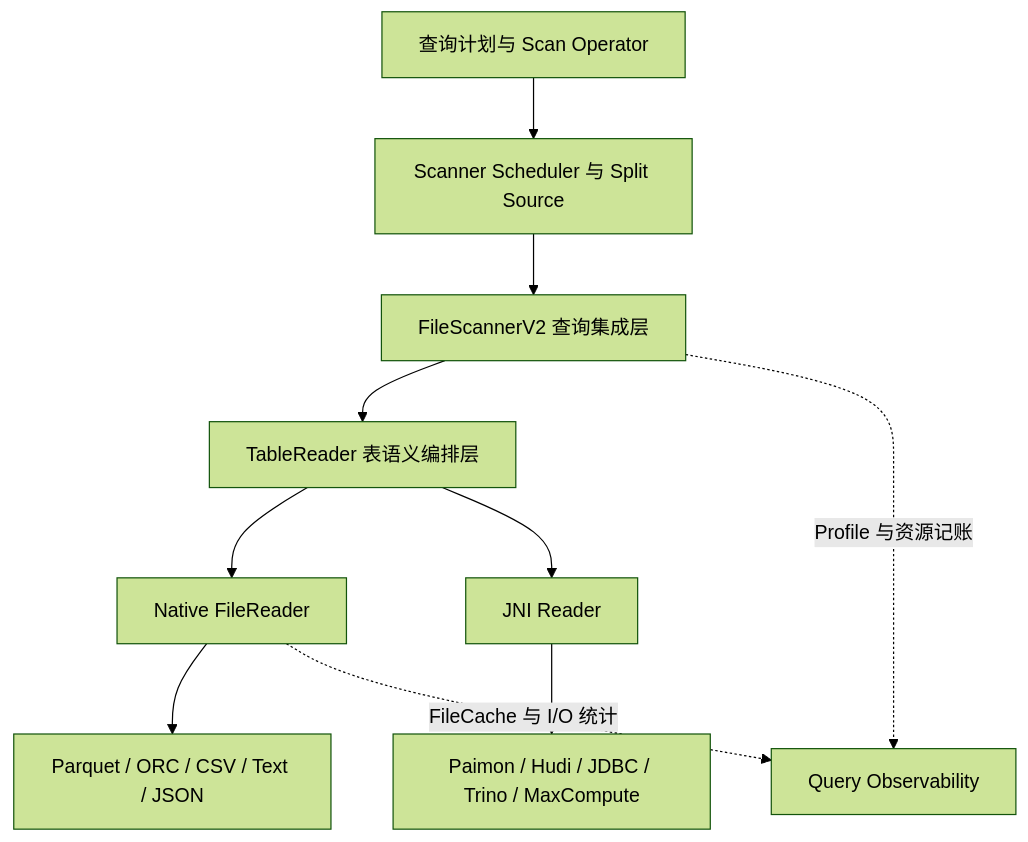
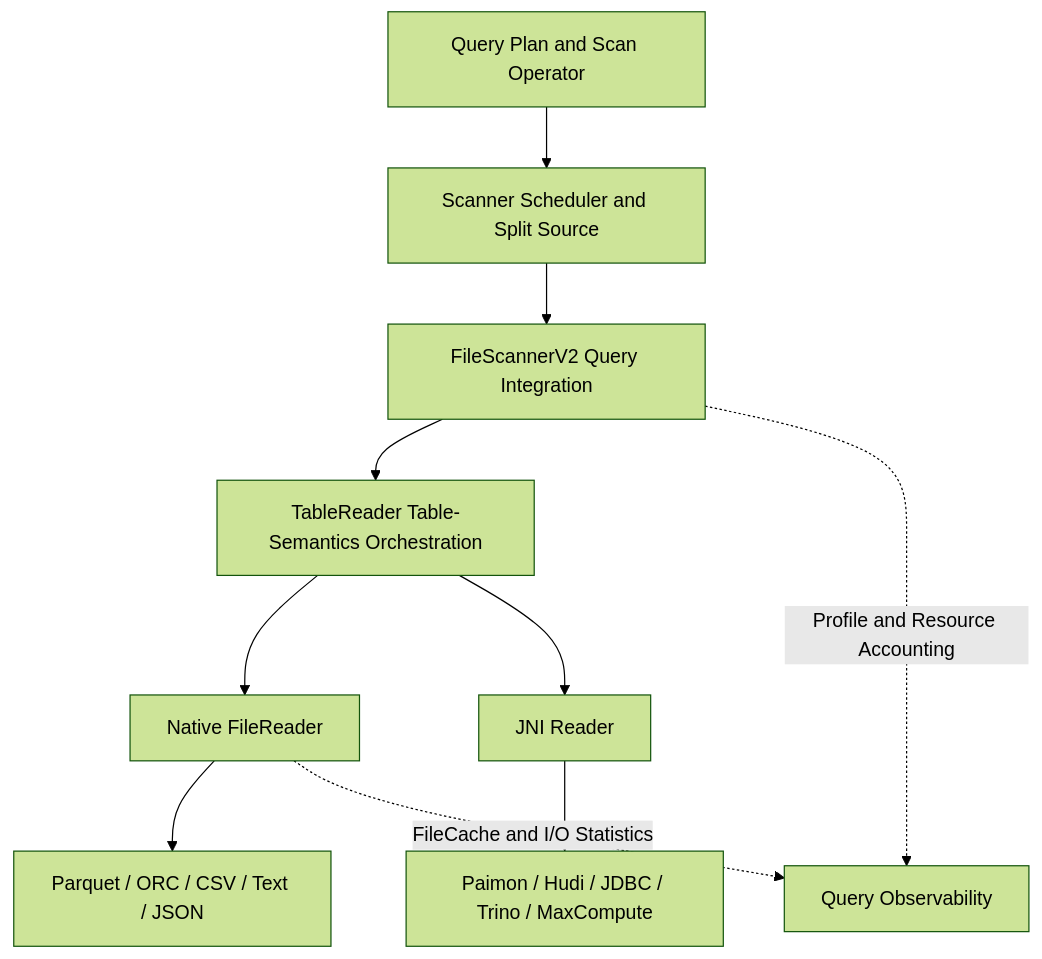
Before and after one commit to apache/doris: the first of 8 diagrams in docs/file-scanner-v2-design.md, drawn with Mermaid (forest theme). The commit also changed other lines of this file and 1 other file, not shown here.

First line of the commit message:
[doc](be) Translate FileScannerV2 design docs

````diff
--- a/docs/file-scanner-v2-design.md
+++ b/docs/file-scanner-v2-design.md
@@ -36,12 +41,12 @@
 ```mermaid
 flowchart TB
-    Q[查询计划与 Scan Operator] --> S[Scanner Scheduler 与 Split Source]
-    S --> F[FileScannerV2 查询集成层]
-    F --> T[TableReader 表语义编排层]
+    Q[Query Plan and Scan Operator] --> S[Scanner Scheduler and Split Source]
+    S --> F[FileScannerV2 Query Integration]
+    F --> T[TableReader Table-Semantics Orchestration]
     T --> N[Native FileReader]
     T --> J[JNI Reader]
     N --> P[Parquet / ORC / CSV / Text / JSON]
     J --> C[Paimon / Hudi / JDBC / Trino / MaxCompute]
-    F -. "Profile 与资源记账" .-> O[Query Observability]
-    N -. "FileCache 与 I/O 统计" .-> O
+    F -. "Profile and Resource Accounting" .-> O[Query Observability]
+    N -. "FileCache and I/O Statistics" .-> O
 ```
````
